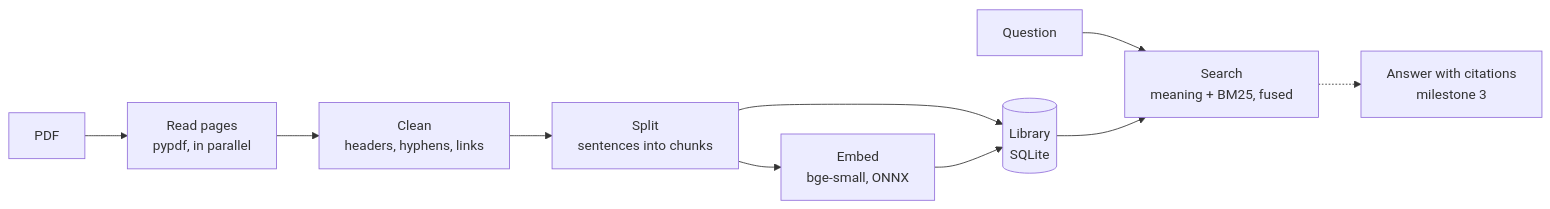
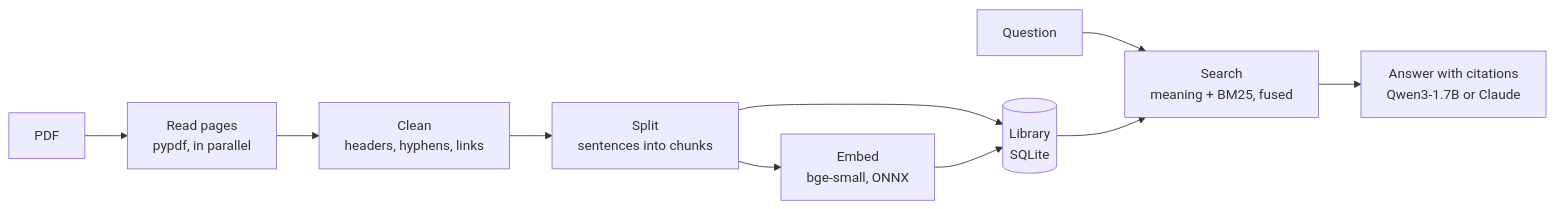
Before and after one commit to omdkpatel810-ops/pdf-qa-rag: the diagram in README.md, drawn with Mermaid. The commit also changed other lines of this file and 3 other files, not shown here.

````diff
--- a/README.md
+++ b/README.md
@@ -21,12 +24,12 @@
 ```mermaid
 flowchart LR
     pdf[PDF] --> read["Read pages<br/>pypdf, in parallel"]
     read --> clean["Clean<br/>headers, hyphens, links"]
     clean --> split["Split<br/>sentences into chunks"]
     split --> db[("Library<br/>SQLite")]
     split --> embed["Embed<br/>bge-small, ONNX"]
     embed --> db
     question[Question] --> search["Search<br/>meaning + BM25, fused"]
     db --> search
-    search -.-> answer["Answer with citations<br/>milestone 3"]
+    search --> answer["Answer with citations<br/>Qwen3-1.7B or Claude"]
 ```
````
